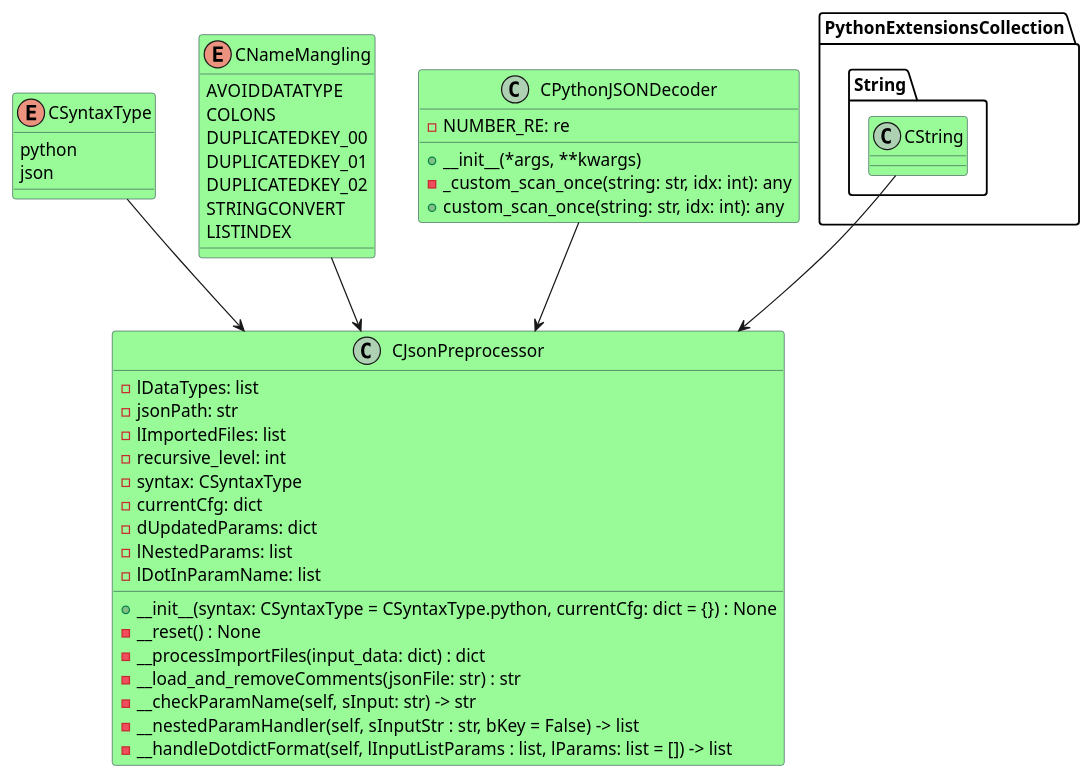
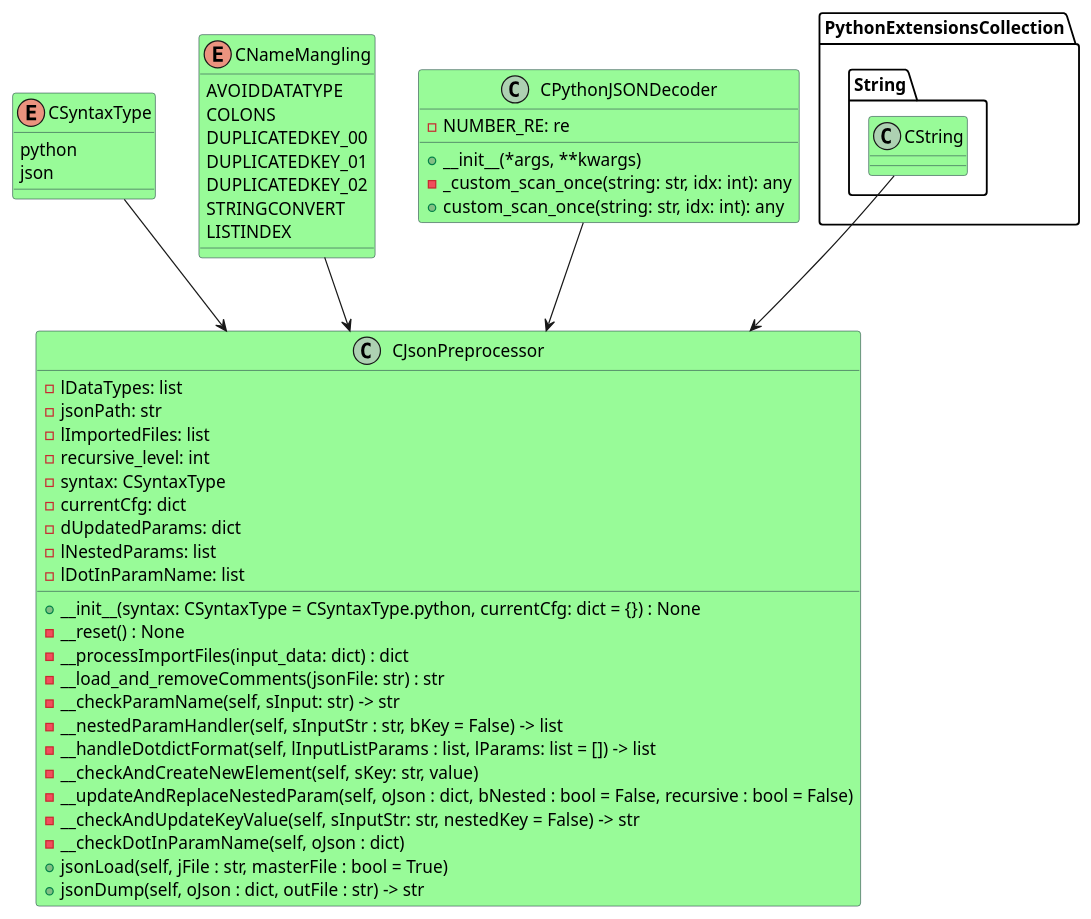
Before and after one commit to test-fullautomation/python-jsonpreprocessor: the diagram in design/json_preprocess.puml, drawn with PlantUML. The commit also changed 3 other files, not shown here.

```diff
--- a/design/json_preprocess.puml
+++ b/design/json_preprocess.puml
@@ -1,62 +1,67 @@
 @startuml
 
 skinparam class {
     BackgroundColor PaleGreen
     BorderColor DarkSlateGray
 }
 
 package PythonExtensionsCollection {
     package String {
         class CString
     }
 }
 
 enum CSyntaxType {
     python
     json
 }
 
 enum CNameMangling {
     AVOIDDATATYPE
     COLONS
     DUPLICATEDKEY_00
     DUPLICATEDKEY_01
     DUPLICATEDKEY_02
     STRINGCONVERT
     LISTINDEX
 }
 
 class CPythonJSONDecoder {
     - NUMBER_RE: re
     + __init__(*args, **kwargs)
     - _custom_scan_once(string: str, idx: int): any
     + custom_scan_once(string: str, idx: int): any
 }
 
 class CJsonPreprocessor {
     - lDataTypes: list
     - jsonPath: str
     - lImportedFiles: list
     - recursive_level: int
     - syntax: CSyntaxType
     - currentCfg: dict
     - dUpdatedParams: dict
     - lNestedParams: list
     - lDotInParamName: list
     + __init__(syntax: CSyntaxType = CSyntaxType.python, currentCfg: dict = {}) : None
     - __reset() : None
     - __processImportFiles(input_data: dict) : dict
     - __load_and_removeComments(jsonFile: str) : str
     - __checkParamName(self, sInput: str) -> str
     - __nestedParamHandler(self, sInputStr : str, bKey = False) -> list
     - __handleDotdictFormat(self, lInputListParams : list, lParams: list = []) -> list
-    
+    - __checkAndCreateNewElement(self, sKey: str, value)
+    - __updateAndReplaceNestedParam(self, oJson : dict, bNested : bool = False, recursive : bool = False)
+    - __checkAndUpdateKeyValue(self, sInputStr: str, nestedKey = False) -> str
+    - __checkDotInParamName(self, oJson : dict)
+    + jsonLoad(self, jFile : str, masterFile : bool = True)
+    + jsonDump(self, oJson : dict, outFile : str) -> str
 
 }
 
 CString --> CJsonPreprocessor
 CSyntaxType --> CJsonPreprocessor
 CNameMangling --> CJsonPreprocessor
 CPythonJSONDecoder --> CJsonPreprocessor
 
 @enduml
```
